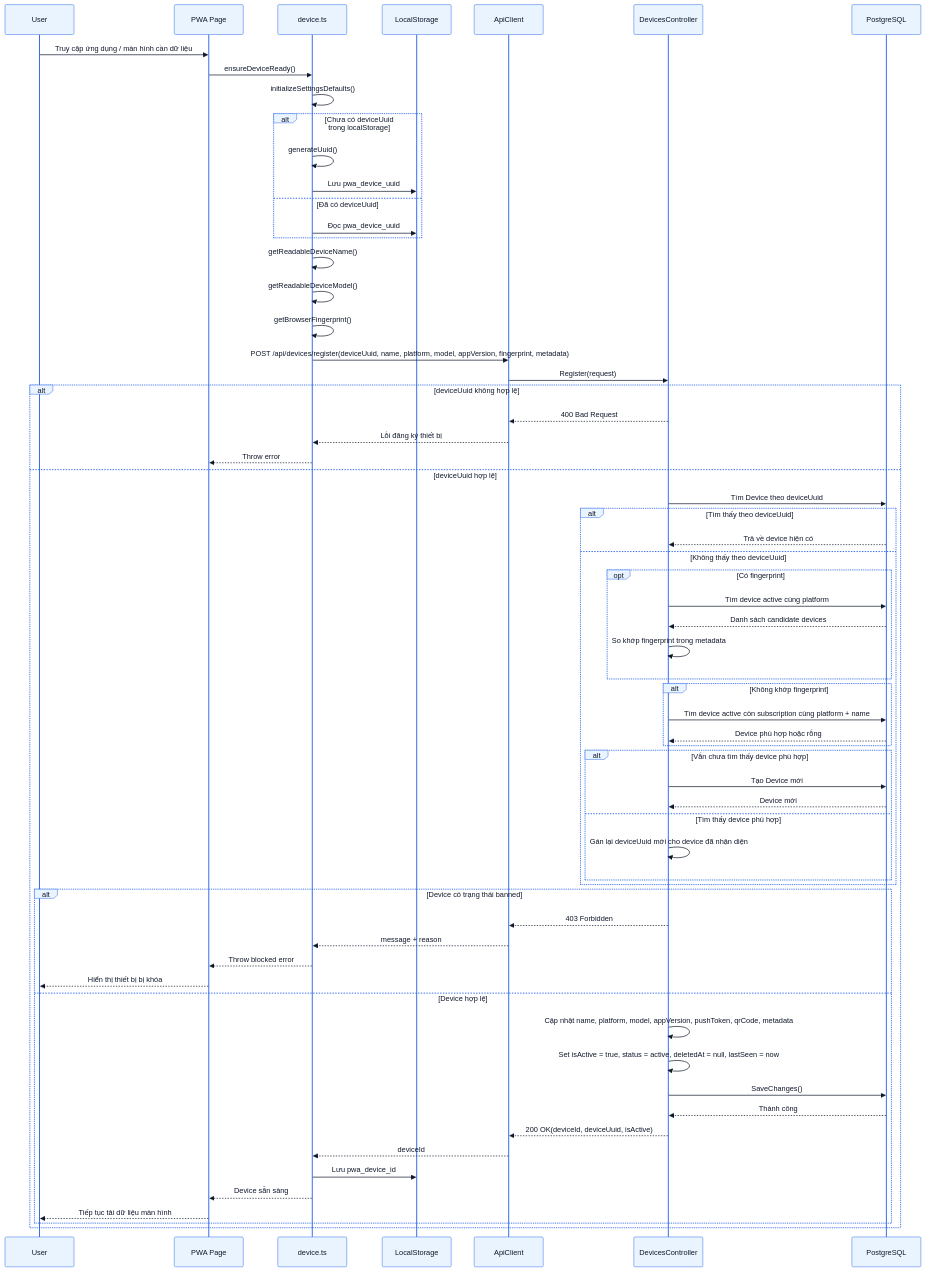
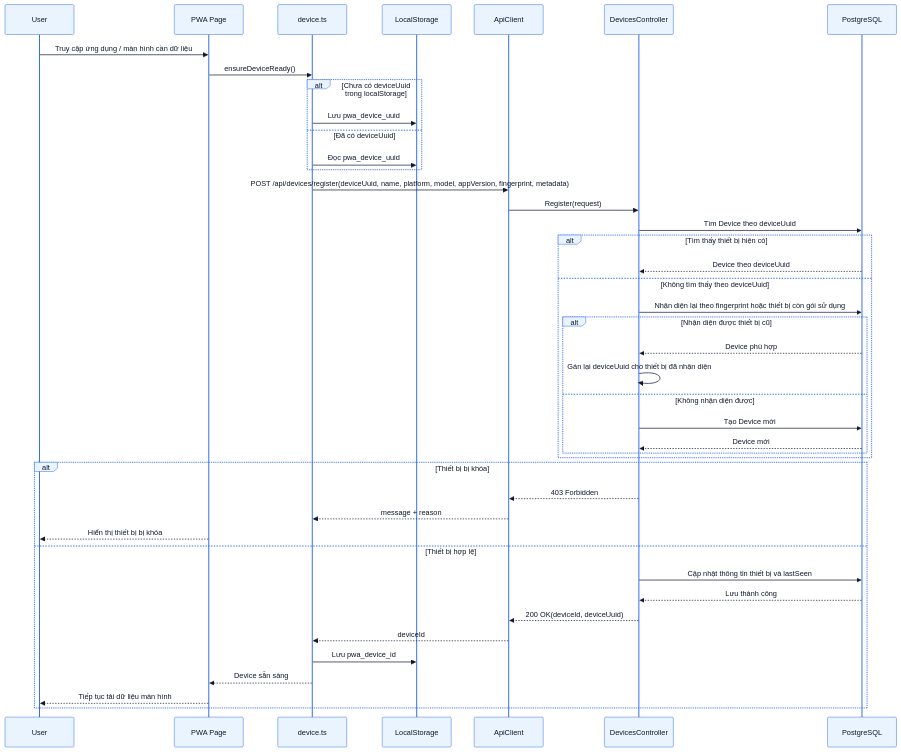
Before and after one commit to thaiquanghieu/smart-guide-system: the first of 9 diagrams in docs/PRD.md, drawn with Mermaid. The commit also changed other lines of this file, not shown here.

Commit message:
update sequence diagrams

````diff
--- a/docs/PRD.md
+++ b/docs/PRD.md
@@ -611,65 +611,42 @@
 
     User ->> PWA: Truy cập ứng dụng / màn hình cần dữ liệu
     PWA ->> DeviceLib: ensureDeviceReady()
-    DeviceLib ->> DeviceLib: initializeSettingsDefaults()
 
     alt Chưa có deviceUuid trong localStorage
-        DeviceLib ->> DeviceLib: generateUuid()
         DeviceLib ->> Storage: Lưu pwa_device_uuid
     else Đã có deviceUuid
         DeviceLib ->> Storage: Đọc pwa_device_uuid
     end
 
-    DeviceLib ->> DeviceLib: getReadableDeviceName()
-    DeviceLib ->> DeviceLib: getReadableDeviceModel()
-    DeviceLib ->> DeviceLib: getBrowserFingerprint()
     DeviceLib ->> API: POST /api/devices/register(deviceUuid, name, platform, model, appVersion, fingerprint, metadata)
     API ->> DevicesCtl: Register(request)
+    DevicesCtl ->> DB: Tìm Device theo deviceUuid
 
-    alt deviceUuid không hợp lệ
-        DevicesCtl -->> API: 400 Bad Request
-        API -->> DeviceLib: Lỗi đăng ký thiết bị
-        DeviceLib -->> PWA: Throw error
-    else deviceUuid hợp lệ
-        DevicesCtl ->> DB: Tìm Device theo deviceUuid
+    alt Tìm thấy thiết bị hiện có
+        DB -->> DevicesCtl: Device theo deviceUuid
+    else Không tìm thấy theo deviceUuid
+        DevicesCtl ->> DB: Nhận diện lại theo fingerprint hoặc thiết bị còn gói sử dụng
 
-        alt Tìm thấy theo deviceUuid
-            DB -->> DevicesCtl: Trả về device hiện có
-        else Không thấy theo deviceUuid
-            opt Có fingerprint
-                DevicesCtl ->> DB: Tìm device active cùng platform
-                DB -->> DevicesCtl: Danh sách candidate devices
-                DevicesCtl ->> DevicesCtl: So khớp fingerprint trong metadata
-            end
-
-            alt Không khớp fingerprint
-                DevicesCtl ->> DB: Tìm device active còn subscription cùng platform + name
-                DB -->> DevicesCtl: Device phù hợp hoặc rỗng
-            end
-
-            alt Vẫn chưa tìm thấy device phù hợp
-                DevicesCtl ->> DB: Tạo Device mới
-                DB -->> DevicesCtl: Device mới
-            else Tìm thấy device phù hợp
-                DevicesCtl ->> DevicesCtl: Gán lại deviceUuid mới cho device đã nhận diện
-            end
-        end
-
-        alt Device có trạng thái banned
-            DevicesCtl -->> API: 403 Forbidden
-            API -->> DeviceLib: message + reason
-            DeviceLib -->> PWA: Throw blocked error
-            PWA -->> User: Hiển thị thiết bị bị khóa
-        else Device hợp lệ
-            DevicesCtl ->> DevicesCtl: Cập nhật name, platform, model, appVersion, pushToken, qrCode, metadata
-            DevicesCtl ->> DevicesCtl: Set isActive = true, status = active, deletedAt = null, lastSeen = now
-            DevicesCtl ->> DB: SaveChanges()
-            DB -->> DevicesCtl: Thành công
-            DevicesCtl -->> API: 200 OK(deviceId, deviceUuid, isActive)
-            API -->> DeviceLib: deviceId
-            DeviceLib ->> Storage: Lưu pwa_device_id
-            DeviceLib -->> PWA: Device sẵn sàng
-            PWA -->> User: Tiếp tục tải dữ liệu màn hình
+        alt Nhận diện được thiết bị cũ
+            DB -->> DevicesCtl: Device phù hợp
+            DevicesCtl ->> DevicesCtl: Gán lại deviceUuid cho thiết bị đã nhận diện
+        else Không nhận diện được
+            DevicesCtl ->> DB: Tạo Device mới
+            DB -->> DevicesCtl: Device mới
         end
     end
+
+    alt Thiết bị bị khóa
+        DevicesCtl -->> API: 403 Forbidden
+        API -->> DeviceLib: message + reason
+        PWA -->> User: Hiển thị thiết bị bị khóa
+    else Thiết bị hợp lệ
+        DevicesCtl ->> DB: Cập nhật thông tin thiết bị và lastSeen
+        DB -->> DevicesCtl: Lưu thành công
+        DevicesCtl -->> API: 200 OK(deviceId, deviceUuid)
+        API -->> DeviceLib: deviceId
+        DeviceLib ->> Storage: Lưu pwa_device_id
+        DeviceLib -->> PWA: Device sẵn sàng
+        PWA -->> User: Tiếp tục tải dữ liệu màn hình
+    end
 ```
````
